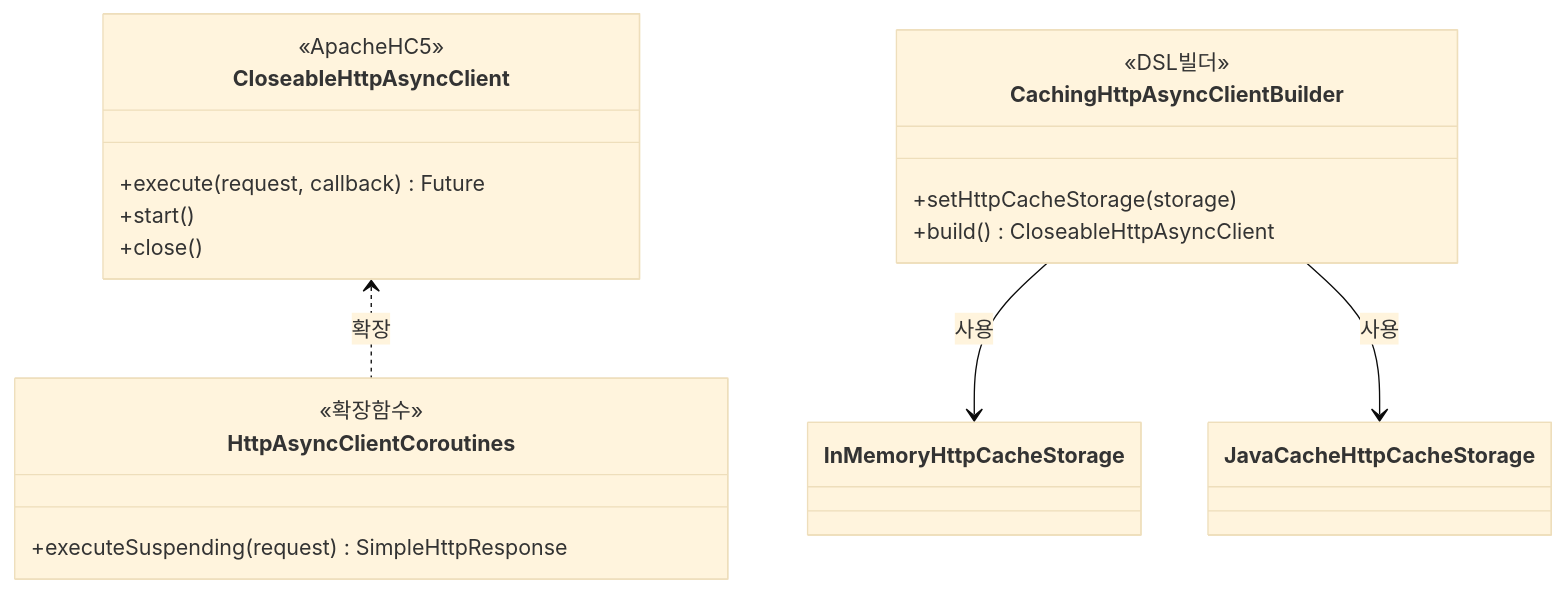
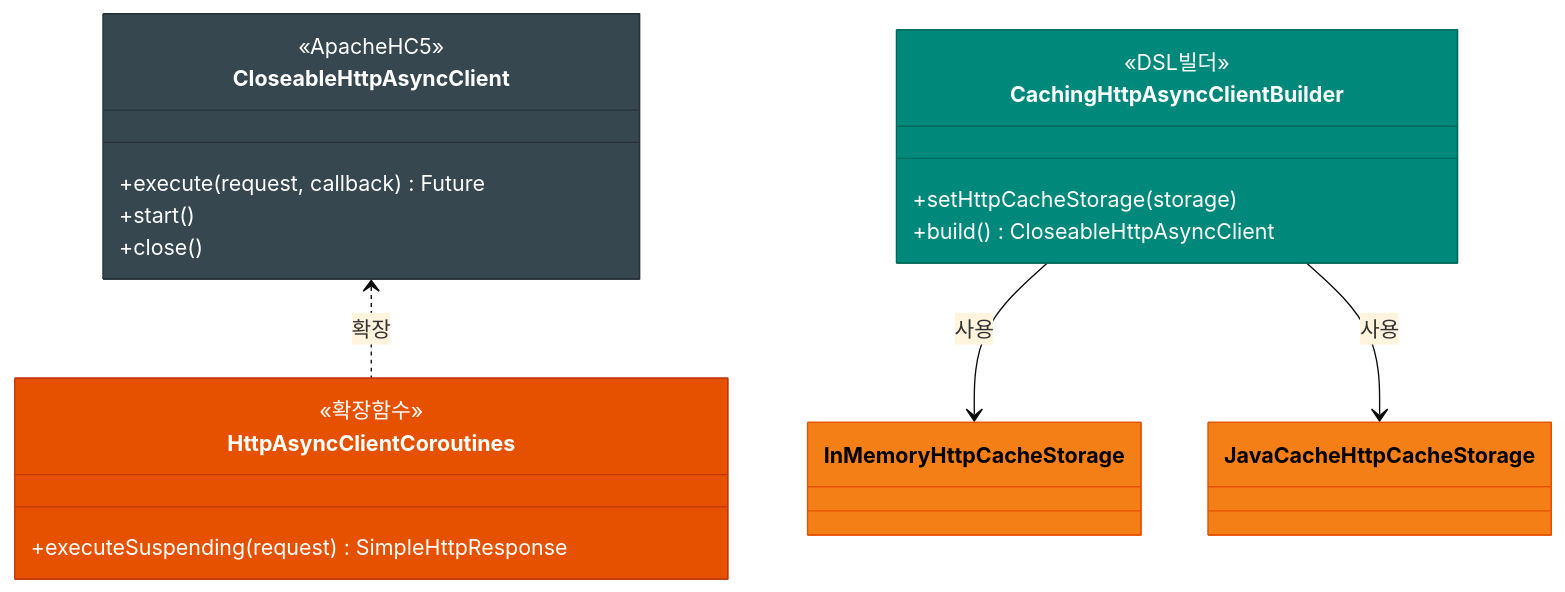
The second of 4 diagrams in io/http/README.ko.md (bluetape4k/bluetape4k-projects), drawn with Mermaid (base theme) before and after one commit. The commit also changed other lines of this file and 221 other files, not shown here.

First line of the commit message:
docs: 전체 모듈 README UML 다이어그램 보강 및 색상 업그레이드

````diff
--- a/io/http/README.ko.md
+++ b/io/http/README.ko.md
@@ -55,24 +67,30 @@
 ```mermaid
 classDiagram
     class CloseableHttpAsyncClient {
         <<ApacheHC5>>
         +execute(request, callback) Future
         +start()
         +close()
     }
 
     class HttpAsyncClientCoroutines {
         <<확장함수>>
         +executeSuspending(request) SimpleHttpResponse
     }
 
     class CachingHttpAsyncClientBuilder {
         <<DSL빌더>>
         +setHttpCacheStorage(storage)
         +build() CloseableHttpAsyncClient
     }
 
     CachingHttpAsyncClientBuilder --> InMemoryHttpCacheStorage : 사용
     CachingHttpAsyncClientBuilder --> JavaCacheHttpCacheStorage : 사용
     CloseableHttpAsyncClient <.. HttpAsyncClientCoroutines : 확장
+
+    style CloseableHttpAsyncClient fill:#37474F,stroke:#263238,color:#FFFFFF
+    style HttpAsyncClientCoroutines fill:#E65100,stroke:#BF360C,color:#FFFFFF
+    style CachingHttpAsyncClientBuilder fill:#00897B,stroke:#00695C,color:#FFFFFF
+    style InMemoryHttpCacheStorage fill:#F57F17,stroke:#E65100,color:#000000
+    style JavaCacheHttpCacheStorage fill:#F57F17,stroke:#E65100,color:#000000
 ```
````
